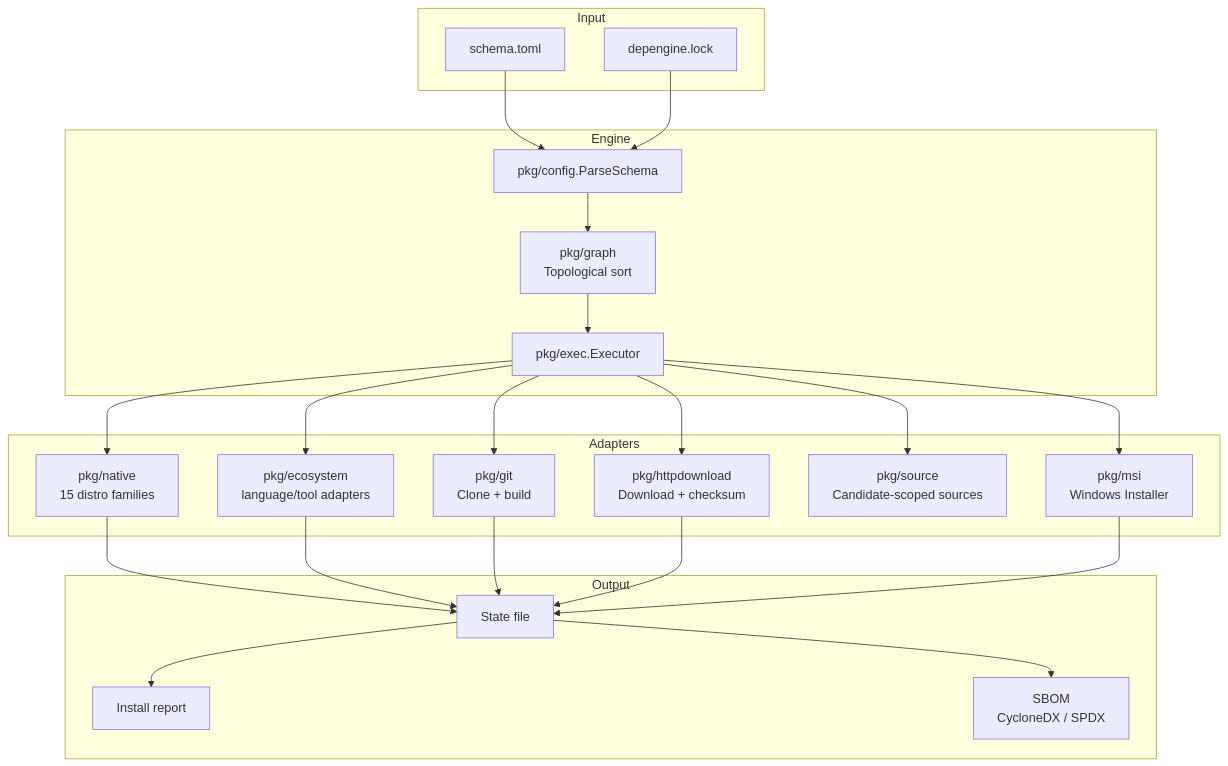
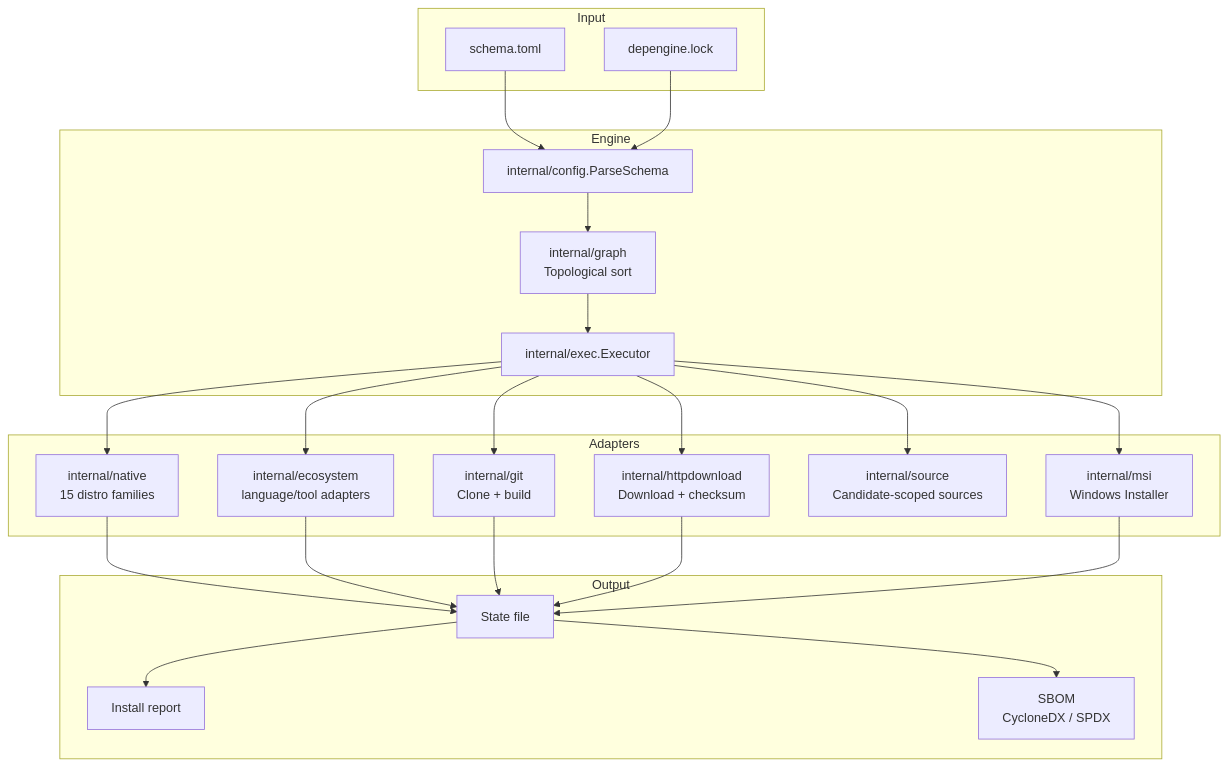
One commit to Khorea1/depengine changed the first of 2 diagrams in docs/architecture.md. Above: the diagram before and after it, drawn with Mermaid. The commit also changed other lines of this file and 528 other files, not shown here.

````diff
--- a/docs/architecture.md
+++ b/docs/architecture.md
@@ -6,46 +6,46 @@
 ```mermaid
 flowchart TB
     subgraph Input
         SCHEMA[schema.toml]
         LOCK[depengine.lock]
     end
 
     subgraph Engine
-        PARSER[pkg/config.ParseSchema]
-        GRAPH[pkg/graph\nTopological sort]
-        EXEC[pkg/exec.Executor]
+        PARSER[internal/config.ParseSchema]
+        GRAPH[internal/graph\nTopological sort]
+        EXEC[internal/exec.Executor]
     end
 
     subgraph Adapters
-        NATIVE[pkg/native\n15 distro families]
-        ECOSYSTEM[pkg/ecosystem\nlanguage/tool adapters]
-        GIT[pkg/git\nClone + build]
-        HTTP[pkg/httpdownload\nDownload + checksum]
-        SOURCE[pkg/source\nCandidate-scoped sources]
-        MSI[pkg/msi\nWindows Installer]
+        NATIVE[internal/native\n15 distro families]
+        ECOSYSTEM[internal/ecosystem\nlanguage/tool adapters]
+        GIT[internal/git\nClone + build]
+        HTTP[internal/httpdownload\nDownload + checksum]
+        SOURCE[internal/source\nCandidate-scoped sources]
+        MSI[internal/msi\nWindows Installer]
     end
 
     subgraph Output
         STATE[State file]
         REPORT[Install report]
         SBOM[SBOM\nCycloneDX / SPDX]
     end
 
     SCHEMA --> PARSER
     LOCK --> PARSER
     PARSER --> GRAPH
     GRAPH --> EXEC
     EXEC --> NATIVE
     EXEC --> ECOSYSTEM
     EXEC --> GIT
     EXEC --> HTTP
     EXEC --> SOURCE
     EXEC --> MSI
     NATIVE --> STATE
     ECOSYSTEM --> STATE
     GIT --> STATE
     HTTP --> STATE
     MSI --> STATE
     STATE --> REPORT
     STATE --> SBOM
 ```
````
